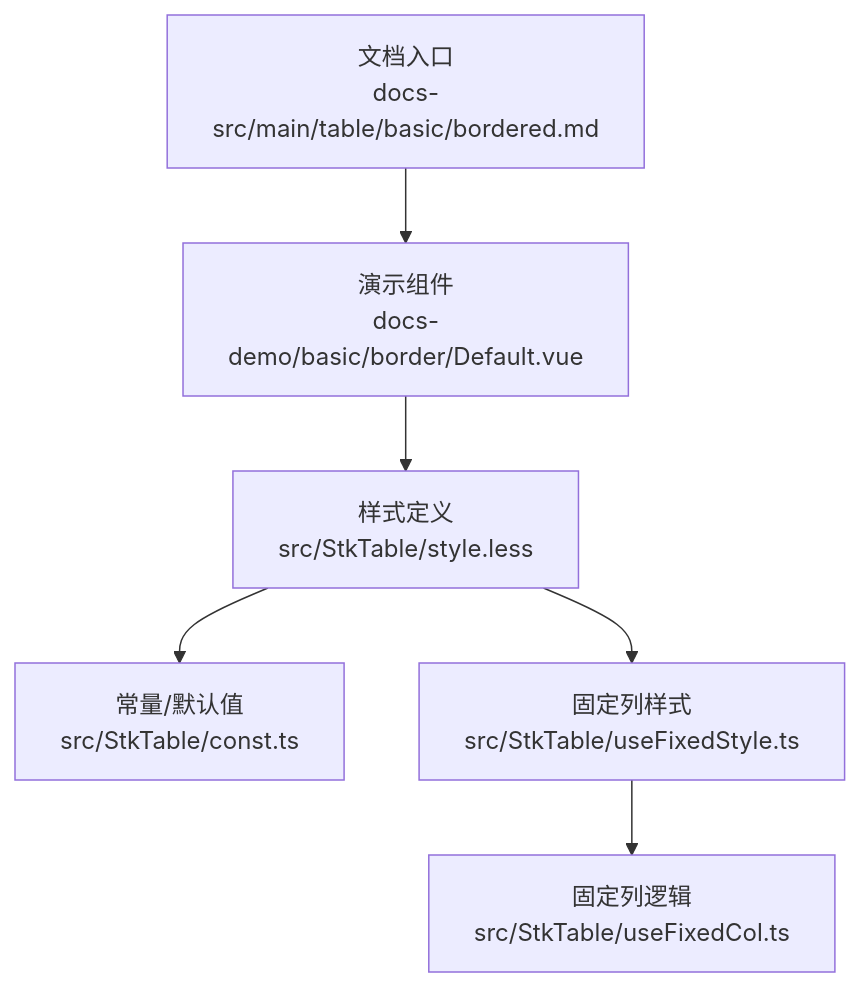
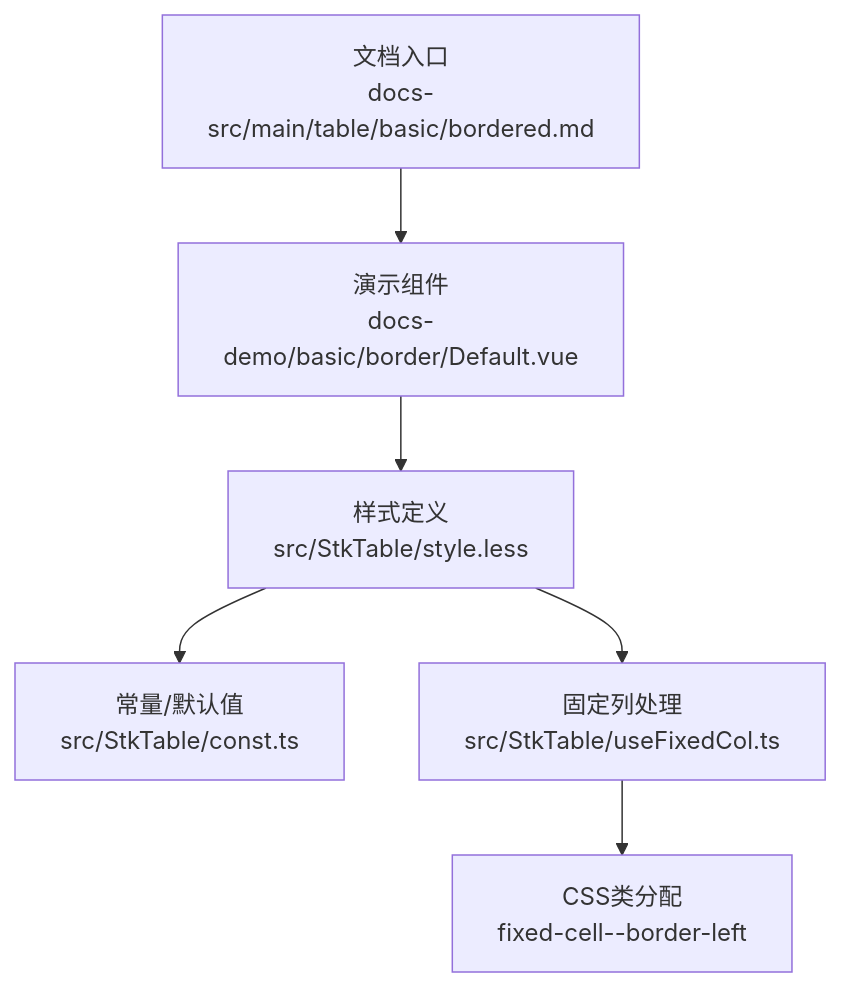
The first of 3 diagrams in .qoder/repowiki/zh/content/基础功能/边框样式.md (ja-plus/stk-table-vue), drawn with Mermaid before and after one commit. The commit also changed other lines of this file and 12 other files, not shown here.

````diff
--- a/.qoder/repowiki/zh/content/基础功能/边框样式.md
+++ b/.qoder/repowiki/zh/content/基础功能/边框样式.md
@@ -43,8 +41,8 @@
 ```mermaid
 graph TB
 A["文档入口<br/>docs-src/main/table/basic/bordered.md"] --> B["演示组件<br/>docs-demo/basic/border/Default.vue"]
 B --> C["样式定义<br/>src/StkTable/style.less"]
 C --> D["常量/默认值<br/>src/StkTable/const.ts"]
-C --> E["固定列样式<br/>src/StkTable/useFixedStyle.ts"]
-E --> F["固定列逻辑<br/>src/StkTable/useFixedCol.ts"]
+C --> E["固定列处理<br/>src/StkTable/useFixedCol.ts"]
+E --> F["CSS类分配<br/>fixed-cell--border-left"]
 ```
````
